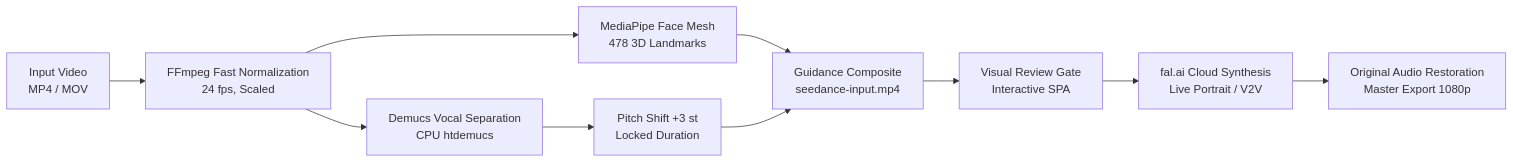
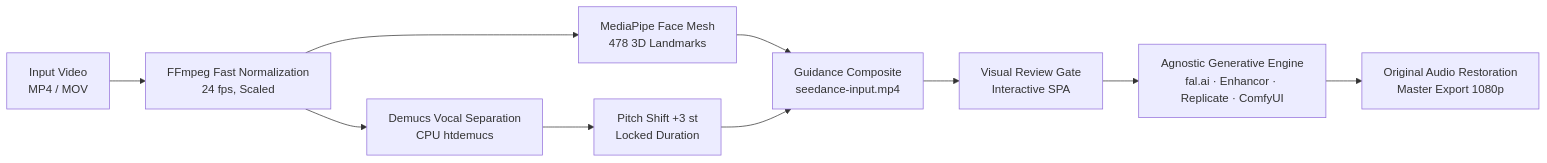
The diagram in README.md (tBeltty/studiotbelt), drawn with Mermaid before and after one commit. The commit also changed other lines of this file and 9 other files, not shown here.

Commit message:
feat: make generation engine provider-agnostic with in-app settings and onboarding

````diff
--- a/README.md
+++ b/README.md
@@ -50,11 +55,11 @@
 ```mermaid
 flowchart LR
     A[Input Video\nMP4 / MOV] --> B[FFmpeg Fast Normalization\n24 fps, Scaled]
     B --> C[MediaPipe Face Mesh\n478 3D Landmarks]
     B --> D[Demucs Vocal Separation\nCPU htdemucs]
     D --> E[Pitch Shift +3 st\nLocked Duration]
     C & E --> F[Guidance Composite\nseedance-input.mp4]
     F --> G[Visual Review Gate\nInteractive SPA]
-    G --> H[fal.ai Cloud Synthesis\nLive Portrait / V2V]
+    G --> H[Agnostic Generative Engine\nfal.ai · Enhancor · Replicate · ComfyUI]
     H --> I[Original Audio Restoration\nMaster Export 1080p]
 ```
````
